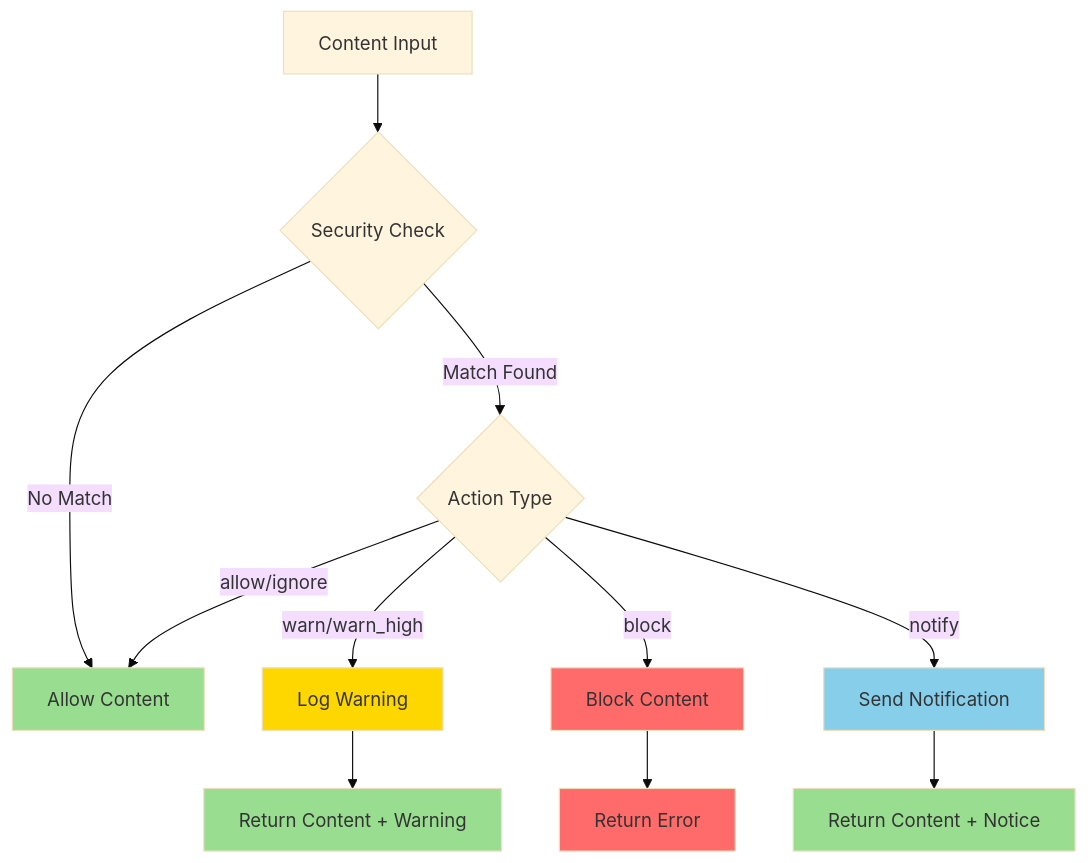
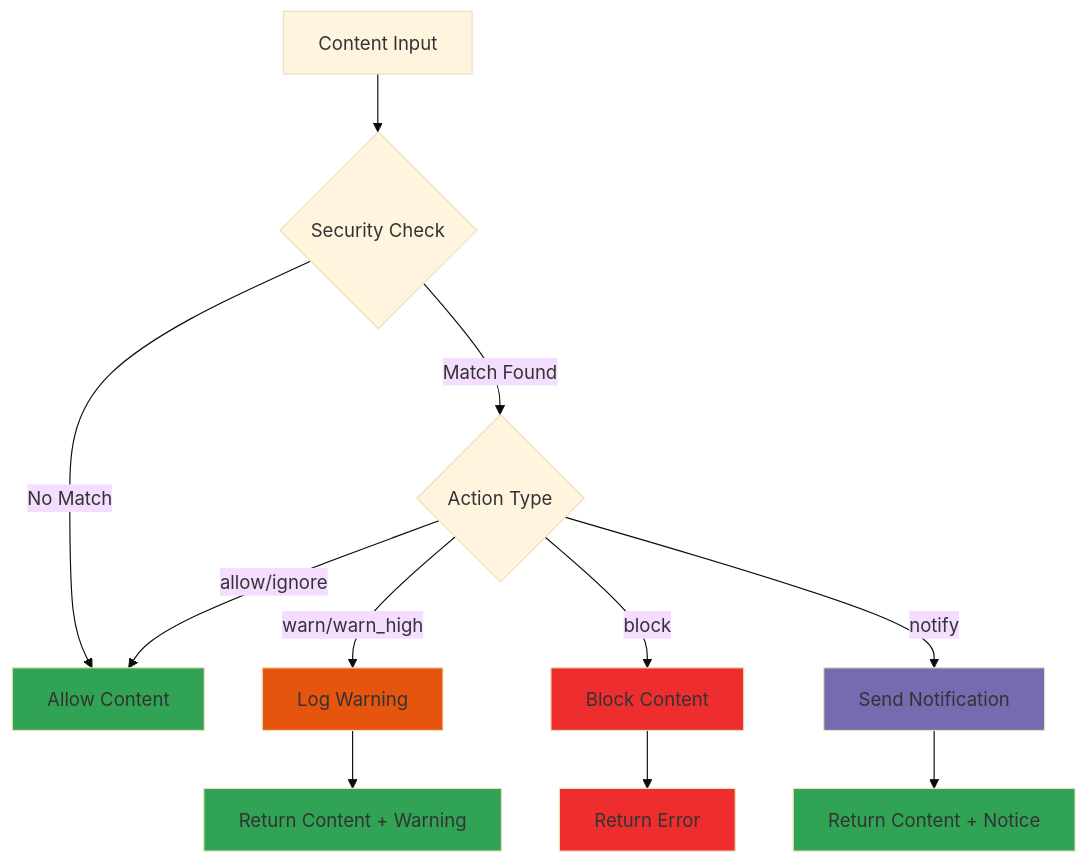
One commit to sammcj/mcp-devtools changed the second of 2 diagrams in docs/security.md. Above: the diagram before and after it, drawn with Mermaid (base theme). The commit also changed other lines of this file, not shown here.

````diff
--- a/docs/security.md
+++ b/docs/security.md
@@ -425,25 +189,25 @@
 ```mermaid
 flowchart TD
     A[Content Input] --> B{Security Check}
     B -->|Match Found| C{Action Type}
     B -->|No Match| D[Allow Content]
 
     C -->|allow/ignore| D
     C -->|warn/warn_high| E[Log Warning]
     C -->|block| F[Block Content]
     C -->|notify| G[Send Notification]
 
     E --> H[Return Content + Warning]
     F --> I[Return Error]
     G --> J[Return Content + Notice]
 
-    classDef allow fill:#99DE90
-    classDef warn fill:#FFD700
-    classDef block fill:#FF6B6B
-    classDef notify fill:#87CEEB
+    classDef allow fill:#31A354
+    classDef warn fill:#E6550D
+    classDef block fill:#EE2E2E
+    classDef notify fill:#756BB1
 
     class D,H,J allow
     class E warn
     class F,I block
     class G notify
 ```
````
